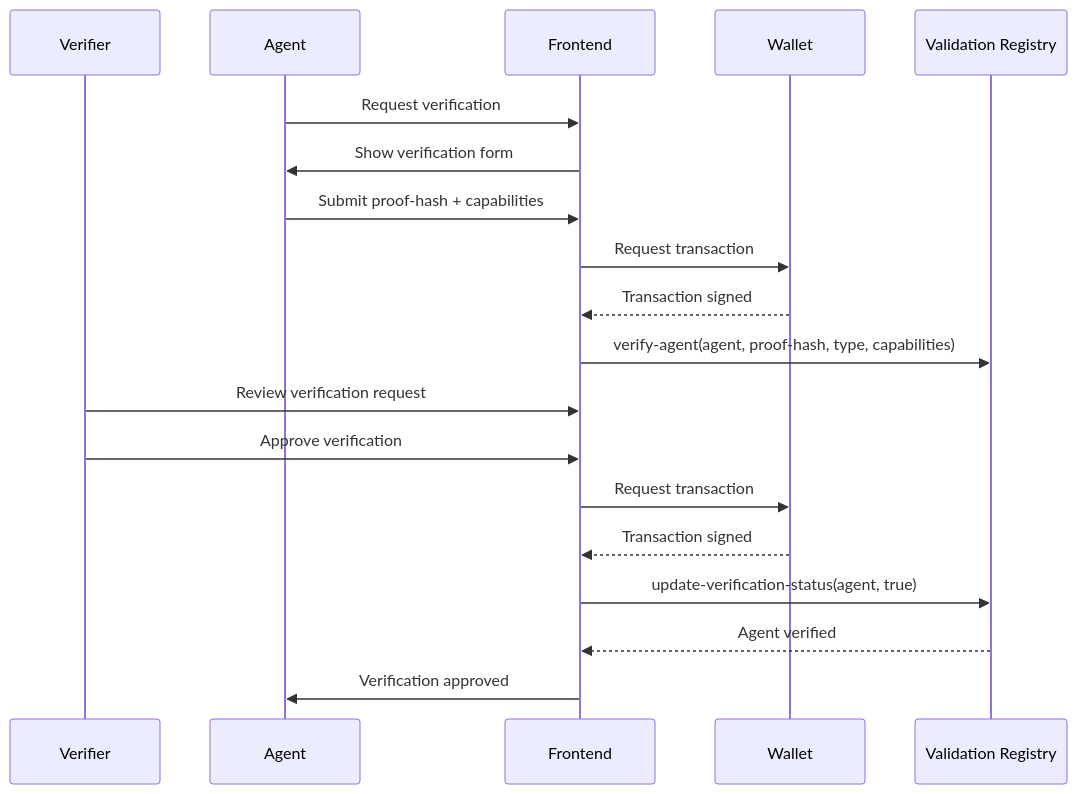
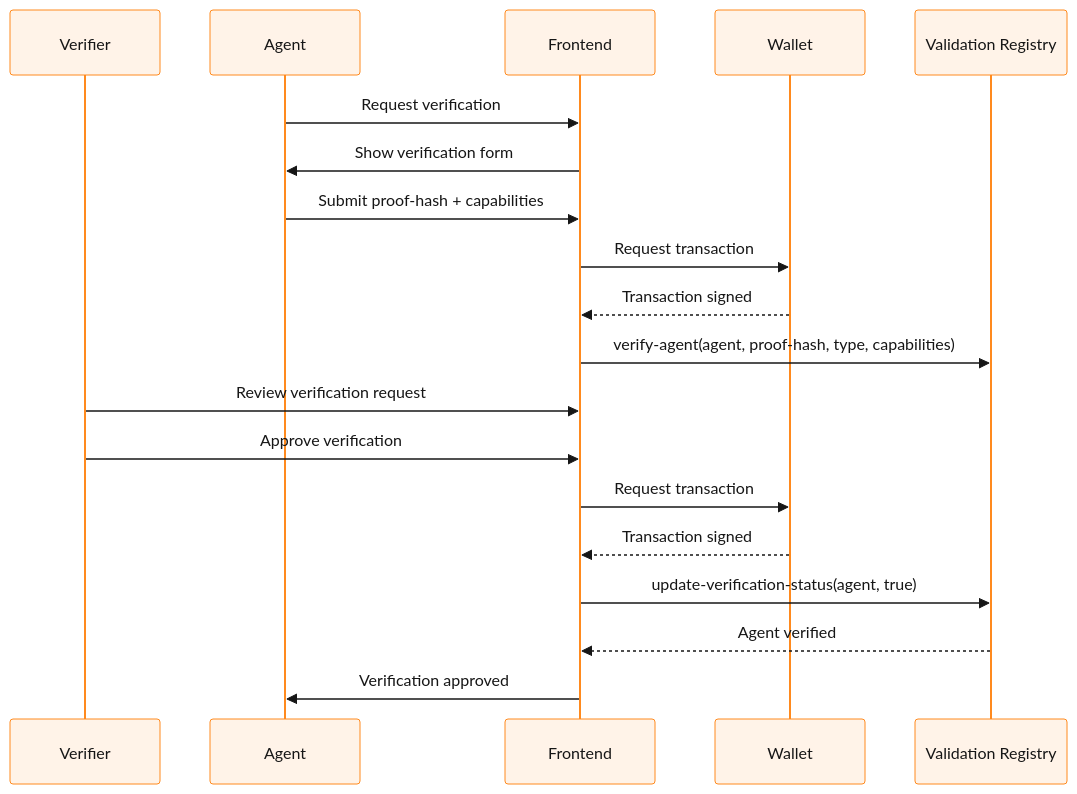
One commit to PerkOS-xyz/Stacks-Agentic-Commerce changed the eighth of 8 diagrams in README.md. Above: the diagram before and after it, drawn with Mermaid. The commit also changed other lines of this file, not shown here.

First line of the commit message:
docs(readme): color mermaid diagrams with Stacks orange

````diff
--- a/README.md
+++ b/README.md
@@ -257,23 +278,24 @@
 ```mermaid
+%%{init: {'theme':'base','themeVariables':{'primaryColor':'#FFF3E8','primaryBorderColor':'#FF8A1E','primaryTextColor':'#161616','noteBkgColor':'#FFE8D1','noteTextColor':'#7A3D00','noteBorderColor':'#FF8A1E','actorBkg':'#FFF3E8','actorBorder':'#FF8A1E','actorTextColor':'#161616'}}}%%
 sequenceDiagram
     participant Verifier
     participant Agent
     participant Frontend
     participant Wallet
     participant VR as Validation Registry
 
     Agent->>Frontend: Request verification
     Frontend->>Agent: Show verification form
     Agent->>Frontend: Submit proof-hash + capabilities
     Frontend->>Wallet: Request transaction
     Wallet-->>Frontend: Transaction signed
     Frontend->>VR: verify-agent(agent, proof-hash, type, capabilities)
 
     Verifier->>Frontend: Review verification request
     Verifier->>Frontend: Approve verification
     Frontend->>Wallet: Request transaction
     Wallet-->>Frontend: Transaction signed
     Frontend->>VR: update-verification-status(agent, true)
     VR-->>Frontend: Agent verified
     Frontend->>Agent: Verification approved
 ```
````
